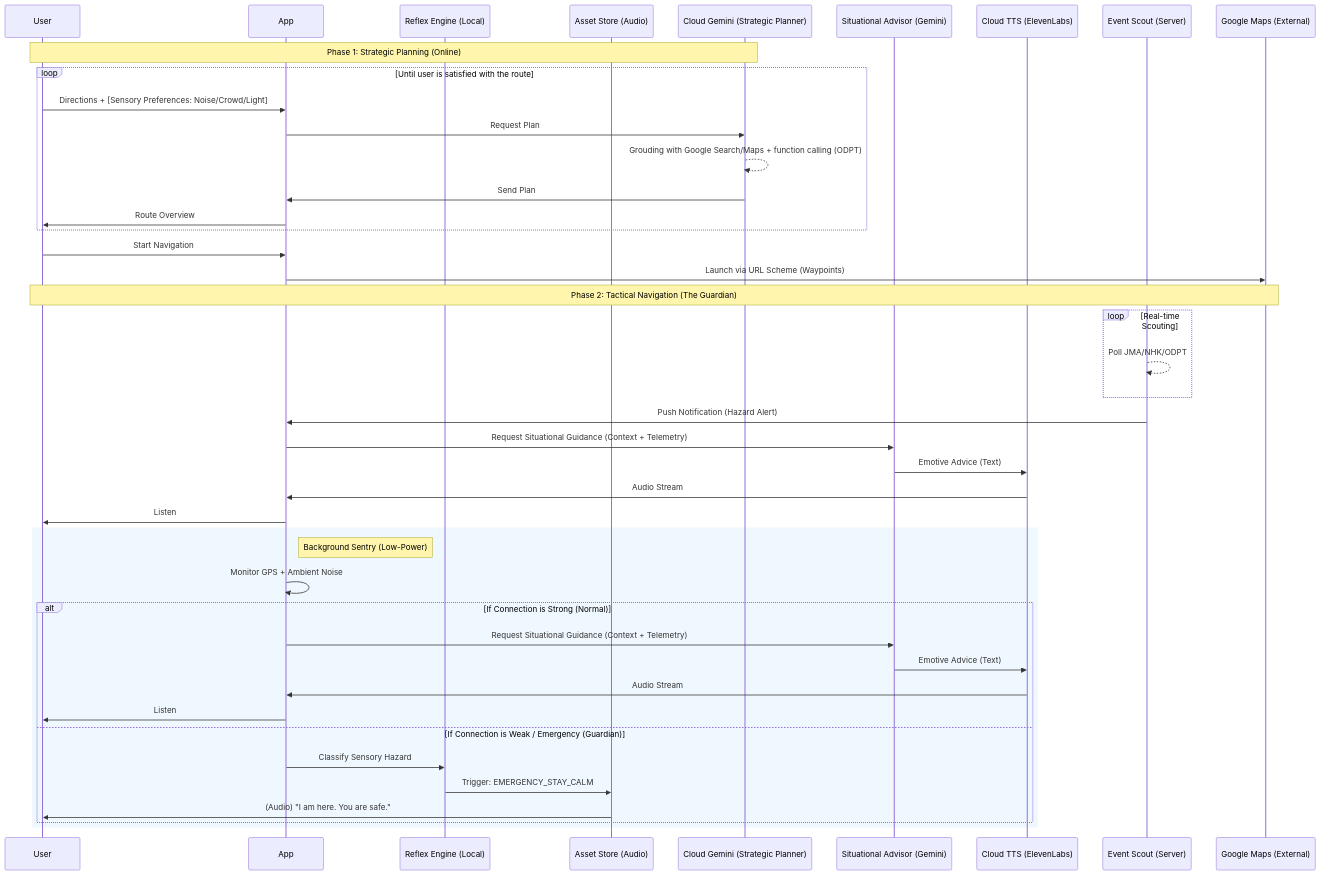
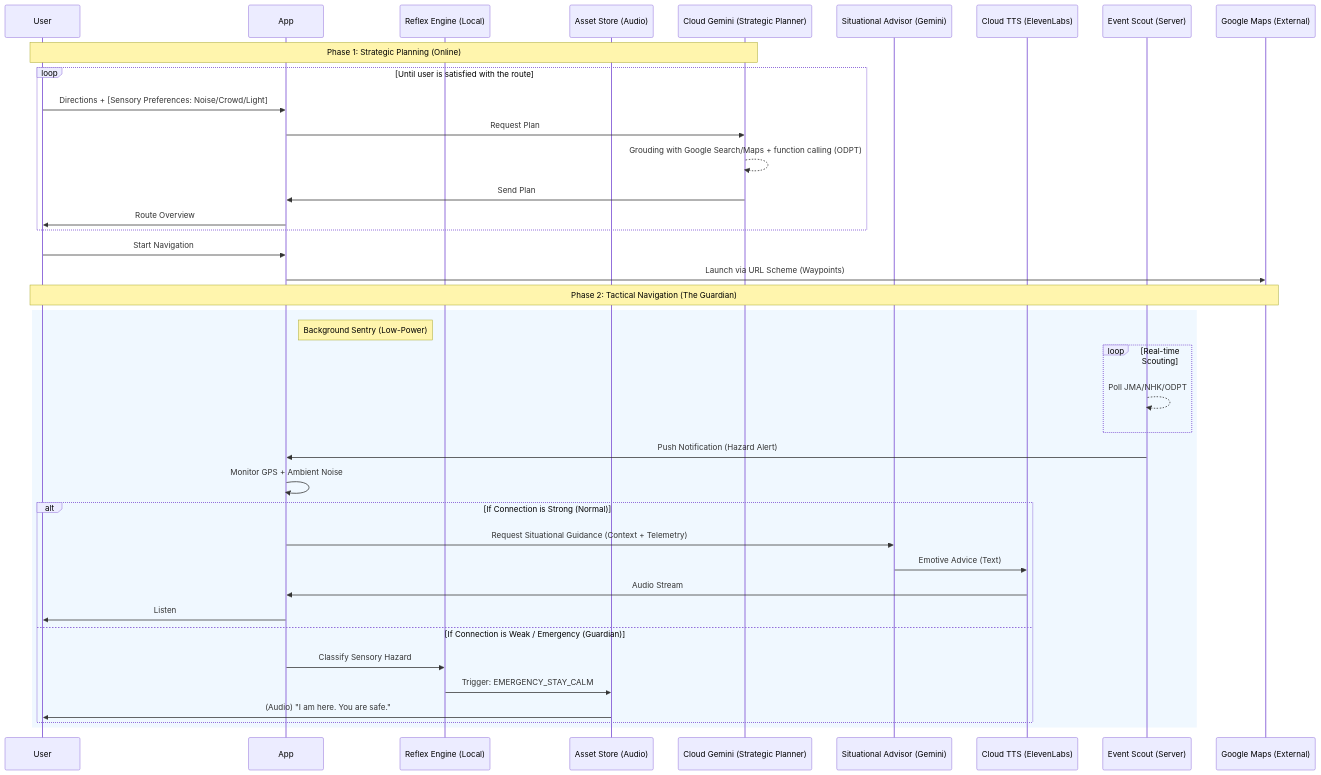
Before and after one commit to keiseiisobe/pocket-secure-base: the second of 2 diagrams in docs/ARCHITECTURE.md, drawn with Mermaid.

Commit message:
modified flow diagram

````diff
--- a/docs/ARCHITECTURE.md
+++ b/docs/ARCHITECTURE.md
@@ -52,52 +52,49 @@
 ```mermaid
 sequenceDiagram
     participant User
     participant App
     participant LocalAI as Reflex Engine (Local)
     participant Assets as Asset Store (Audio)
     participant CloudAI as Cloud Gemini (Strategic Planner)
     participant Advisor as Situational Advisor (Gemini)
     participant CloudTTS as Cloud TTS (ElevenLabs)
     participant Batch as Event Scout (Server)
     participant NativeMaps as Google Maps (External)
 
     Note over User, CloudAI: Phase 1: Strategic Planning (Online)
     loop Until user is satisfied with the route
         User->>App: Directions + [Sensory Preferences: Noise/Crowd/Light]
         App->>CloudAI: Request Plan
         CloudAI-->>CloudAI: Grouding with Google Search/Maps + function calling (ODPT)
         CloudAI->>App: Send Plan
         App->>User: Route Overview
     end
     
 	User->>App: Start Navigation
     App->>NativeMaps: Launch via URL Scheme (Waypoints)
 
     Note over User, NativeMaps: Phase 2: Tactical Navigation (The Guardian)
     
-    loop Real-time Scouting
-        Batch-->>Batch: Poll JMA/NHK/ODPT
-    end
-    
-    Batch->>App: Push Notification (Hazard Alert)
-    App->>Advisor: Request Situational Guidance (Context + Telemetry)
-    Advisor->>CloudTTS: Emotive Advice (Text)
-    CloudTTS->>App: Audio Stream
-    App->>User: Listen
-
     rect rgb(240, 248, 255)
         Note right of App: Background Sentry (Low-Power)
+		
+		loop Real-time Scouting
+			Batch-->>Batch: Poll JMA/NHK/ODPT
+		end
+    
+		Batch->>App: Push Notification (Hazard Alert)
+		
         App->>App: Monitor GPS + Ambient Noise
         
         alt If Connection is Strong (Normal)
             App->>Advisor: Request Situational Guidance (Context + Telemetry)
             Advisor->>CloudTTS: Emotive Advice (Text)
             CloudTTS->>App: Audio Stream
             App->>User: Listen
         else If Connection is Weak / Emergency (Guardian)
             App->>LocalAI: Classify Sensory Hazard
             LocalAI->>Assets: Trigger: EMERGENCY_STAY_CALM
             Assets->>User: (Audio) "I am here. You are safe."
         end
     end
 ```
````
